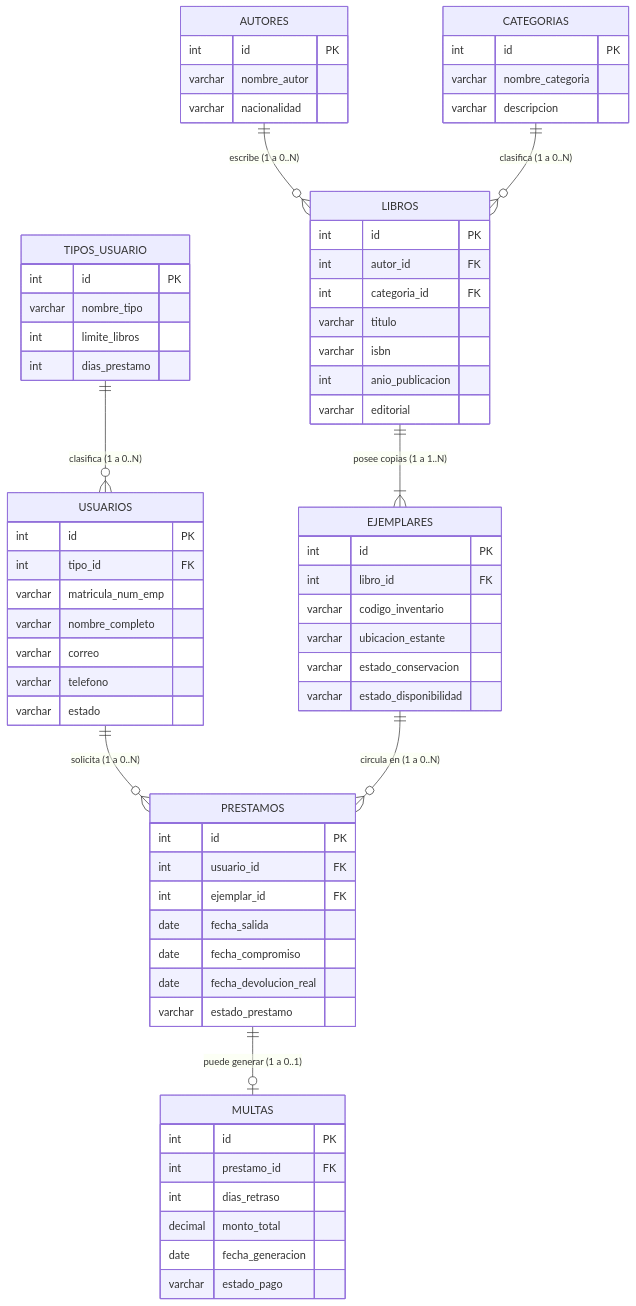
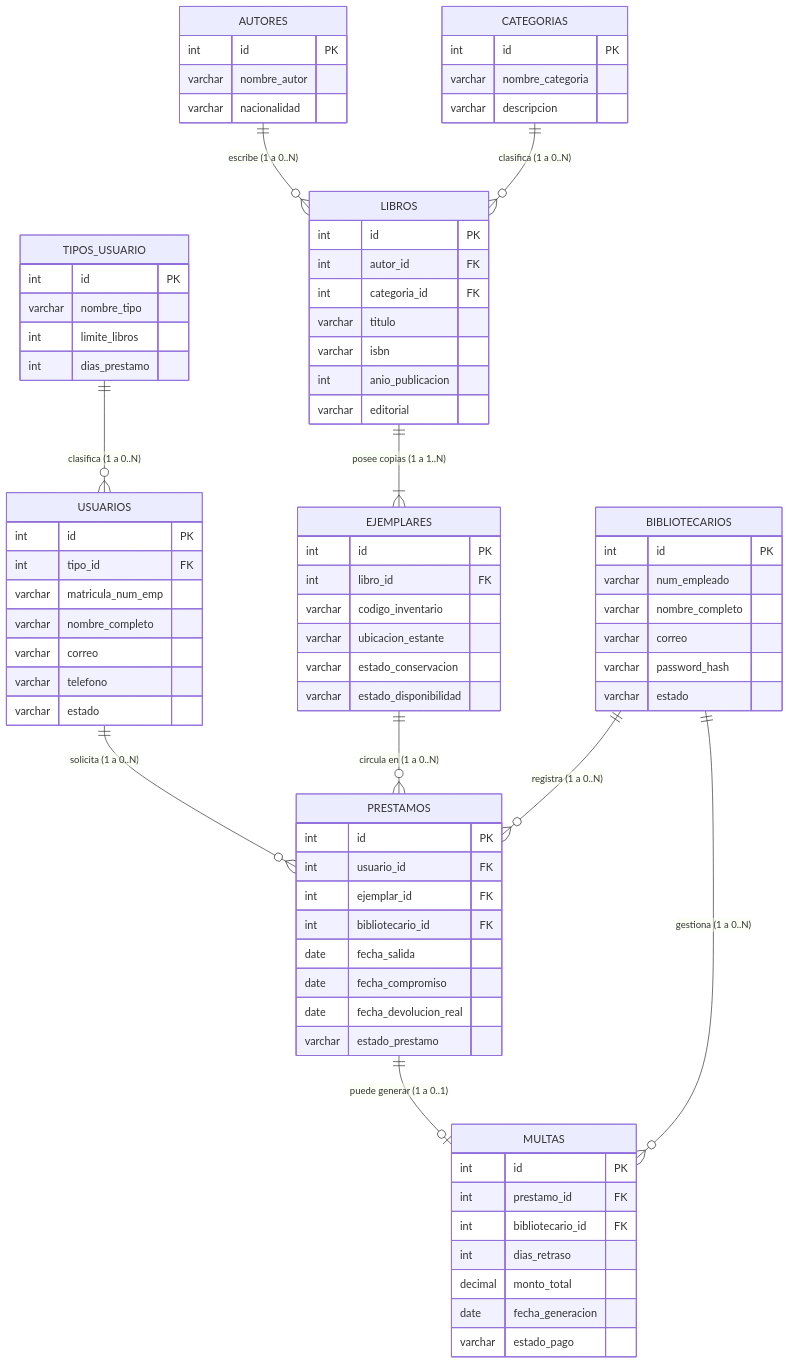
The second of 2 diagrams in docs/04-diagrama-entidad-relacion.md (Daniel-Noyola/UNITEC-MBD-ProyectoFinal), drawn with Mermaid before and after one commit. The commit also changed other lines of this file and 5 other files, not shown here.

````diff
--- a/docs/04-diagrama-entidad-relacion.md
+++ b/docs/04-diagrama-entidad-relacion.md
@@ -144,6 +99,15 @@
         varchar nombre_completo
         varchar correo
         varchar telefono
+        varchar estado
+    }
+
+    BIBLIOTECARIOS {
+        int id PK
+        varchar num_empleado
+        varchar nombre_completo
+        varchar correo
+        varchar password_hash
         varchar estado
     }
 
@@ -182,6 +146,7 @@
         int id PK
         int usuario_id FK
         int ejemplar_id FK
+        int bibliotecario_id FK
         date fecha_salida
         date fecha_compromiso
         date fecha_devolucion_real
@@ -191,6 +156,7 @@
     MULTAS {
         int id PK
         int prestamo_id FK
+        int bibliotecario_id FK
         int dias_retraso
         decimal monto_total
         date fecha_generacion
@@ -204,5 +170,7 @@
     LIBROS ||--|{ EJEMPLARES : "posee copias (1 a 1..N)"
     USUARIOS ||--o{ PRESTAMOS : "solicita (1 a 0..N)"
     EJEMPLARES ||--o{ PRESTAMOS : "circula en (1 a 0..N)"
+    BIBLIOTECARIOS ||--o{ PRESTAMOS : "registra (1 a 0..N)"
     PRESTAMOS ||--o| MULTAS : "puede generar (1 a 0..1)"
+    BIBLIOTECARIOS ||--o{ MULTAS : "gestiona (1 a 0..N)"
 ```
````
